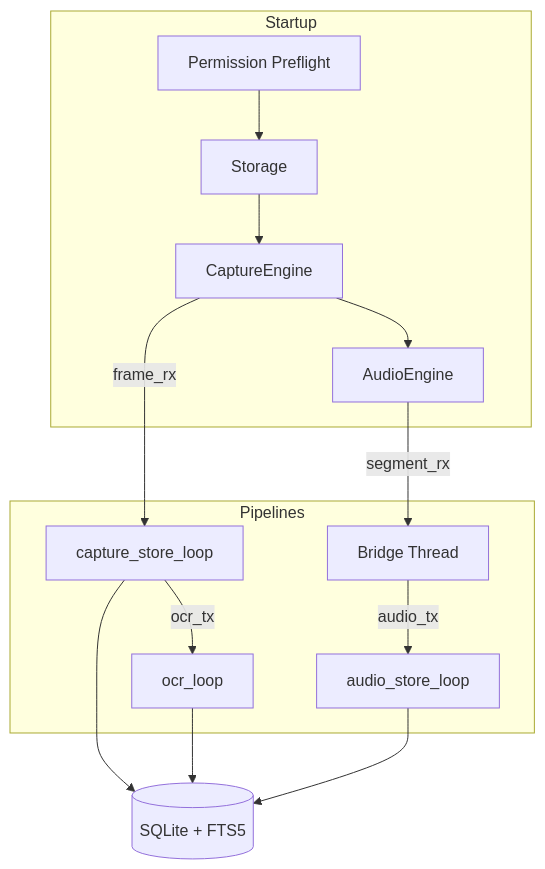
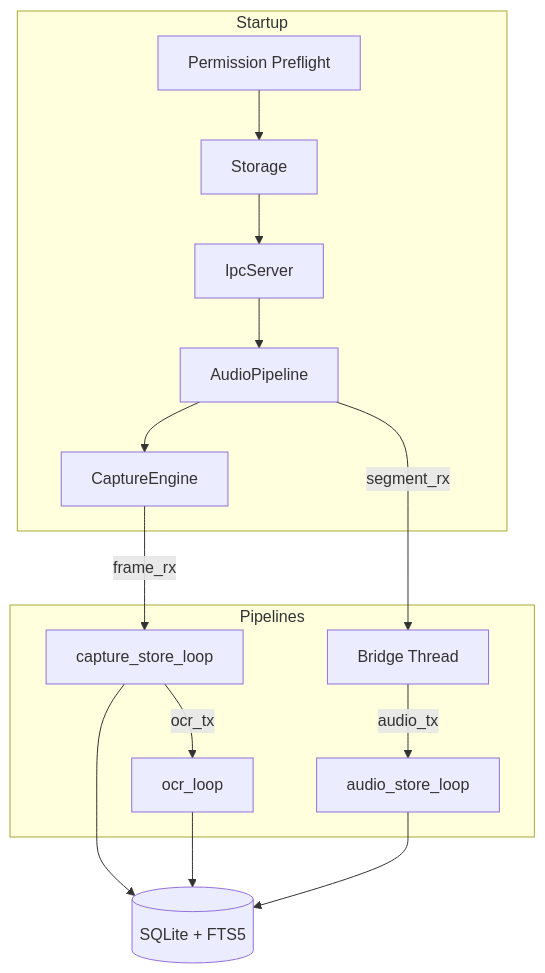
Before and after one commit to mheuss/chronicle: the diagram in docs/guides/chronicle-daemon.md, drawn with Mermaid. The commit also changed other lines of this file and 11 other files, not shown here.

````diff
--- a/docs/guides/chronicle-daemon.md
+++ b/docs/guides/chronicle-daemon.md
@@ -19,19 +19,20 @@
 ```mermaid
 flowchart TD
     subgraph Startup
         P[Permission Preflight] --> S[Storage]
-        S --> CE[CaptureEngine]
-        CE --> AE[AudioEngine]
+        S --> IPC[IpcServer]
+        IPC --> AP[AudioPipeline]
+        AP --> CE[CaptureEngine]
     end
 
     subgraph Pipelines
         CE -->|frame_rx| CSL[capture_store_loop]
         CSL -->|ocr_tx| OCR[ocr_loop]
-        AE -->|segment_rx| BT[Bridge Thread]
+        AP -->|segment_rx| BT[Bridge Thread]
         BT -->|audio_tx| ASL[audio_store_loop]
     end
 
     CSL --> DB[(SQLite + FTS5)]
     OCR --> DB
     ASL --> DB
 ```
````
